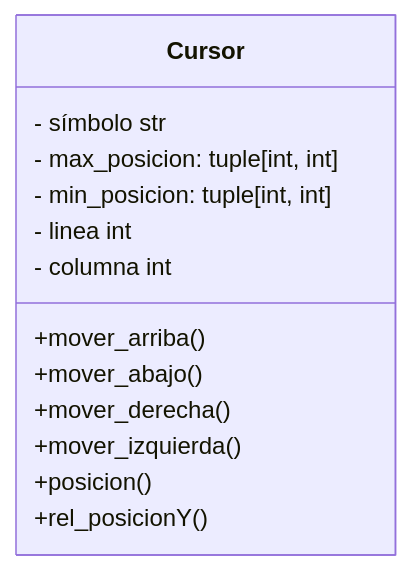
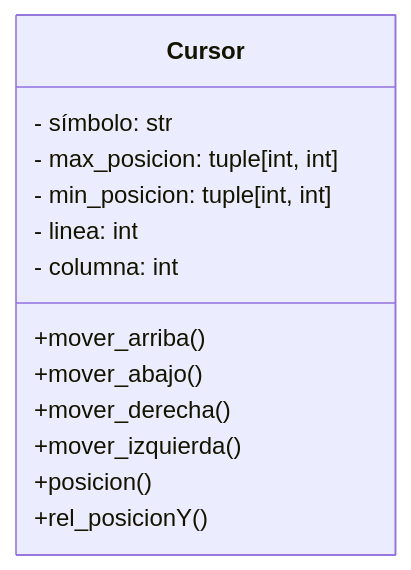
One commit to MarcosBernardC/ohm-tui changed the first of 3 diagrams in README.md. Above: the diagram before and after it, drawn with Mermaid. The commit also changed other lines of this file, not shown here.

````diff
--- a/README.md
+++ b/README.md
@@ -32,18 +32,18 @@
 ```mermaid
 classDiagram
     class Cursor{
-        - símbolo str
+        - símbolo: str
         - max_posicion:  tuple[int, int]
         - min_posicion:  tuple[int, int]
-        - linea int
-        - columna int
+        - linea: int
+        - columna: int
 
         +mover_arriba()
         +mover_abajo()
         +mover_derecha()
         +mover_izquierda()
 
         +posicion()
         +rel_posicionY()
     }
 ```
````
